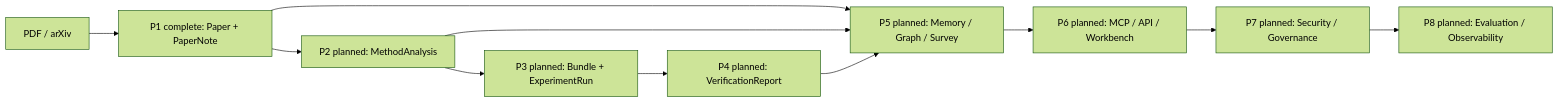
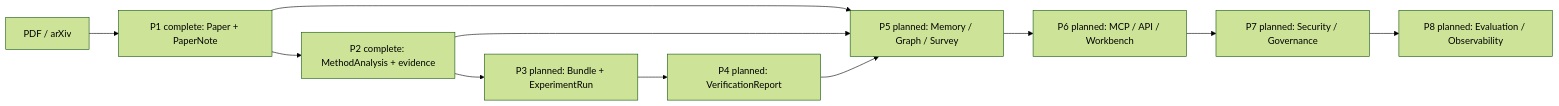
Before and after one commit to selfrestart/26Summer: the diagram in repro-forge/README.md, drawn with Mermaid (forest theme). The commit also changed other lines of this file and 59 other files, not shown here.

````diff
--- a/repro-forge/README.md
+++ b/repro-forge/README.md
@@ -127,13 +127,13 @@
 ```mermaid
 flowchart LR
     INPUT["PDF / arXiv"] --> P1["P1 complete: Paper + PaperNote"]
-    P1 --> P2["P2 planned: MethodAnalysis"]
+    P1 --> P2["P2 complete: MethodAnalysis + evidence"]
     P2 --> P3["P3 planned: Bundle + ExperimentRun"]
     P3 --> P4["P4 planned: VerificationReport"]
     P1 --> P5["P5 planned: Memory / Graph / Survey"]
     P2 --> P5
     P4 --> P5
     P5 --> P6["P6 planned: MCP / API / Workbench"]
     P6 --> P7["P7 planned: Security / Governance"]
     P7 --> P8["P8 planned: Evaluation / Observability"]
 ```
````
